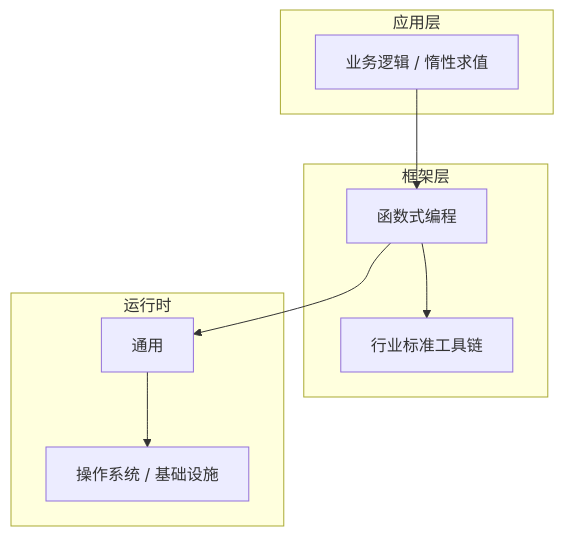
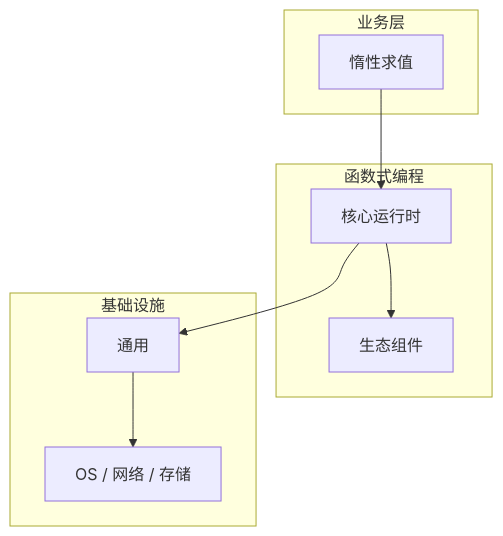
The diagram in articles/函数式编程/chapters/061-惰性求值核心概念与原理.md (yanggan2015/knowledge-json-v2), drawn with Mermaid before and after one commit. The commit also changed other lines of this file and 10127 other files, not shown here.

````diff
--- a/articles/函数式编程/chapters/061-惰性求值核心概念与原理.md
+++ b/articles/函数式编程/chapters/061-惰性求值核心概念与原理.md
@@ -45,18 +34,18 @@
 ```mermaid
 graph TB
-    subgraph 应用层
-        A[业务逻辑 / 惰性求值]
+    subgraph 业务层
+        A[惰性求值]
     end
-    subgraph 框架层
-        B[函数式编程]
-        C[行业标准工具链]
+    subgraph 函数式编程
+        B[核心运行时]
+        C[生态组件]
     end
-    subgraph 运行时
+    subgraph 基础设施
         D[通用]
-        E[操作系统 / 基础设施]
+        E[OS / 网络 / 存储]
     end
     A --> B
     B --> C
     B --> D
     D --> E
 ```
````
